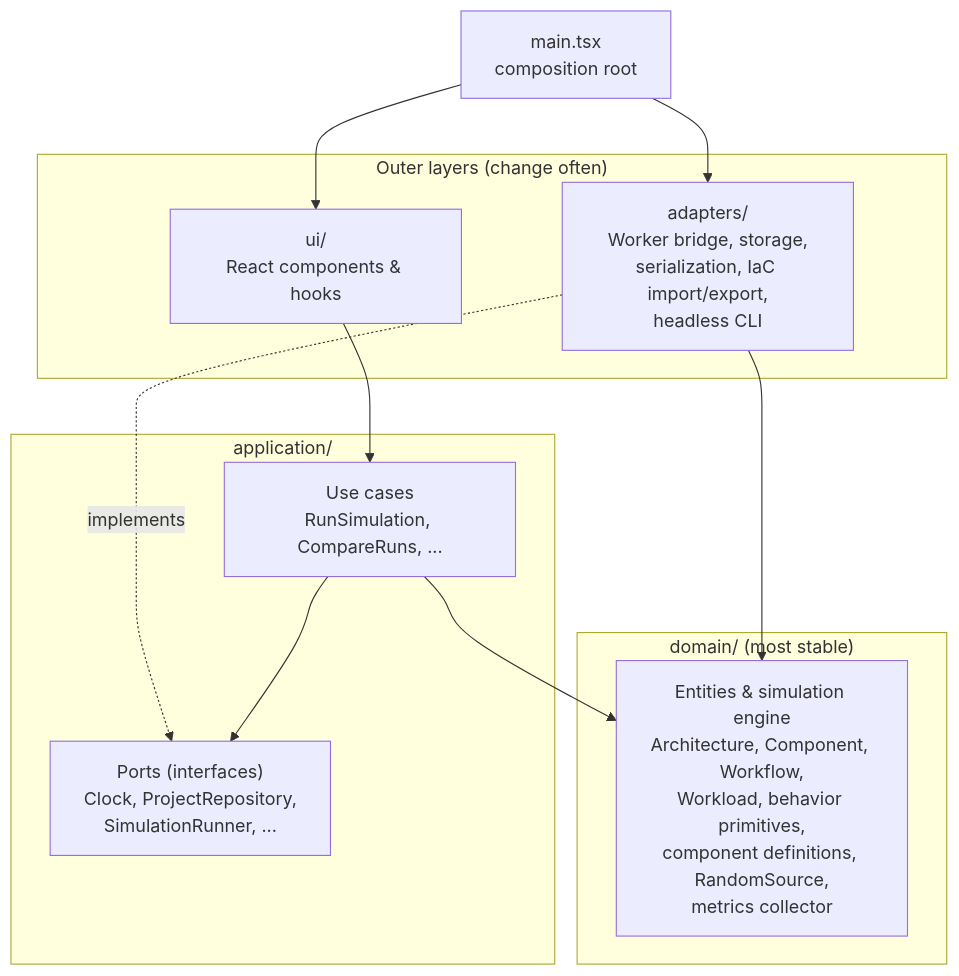
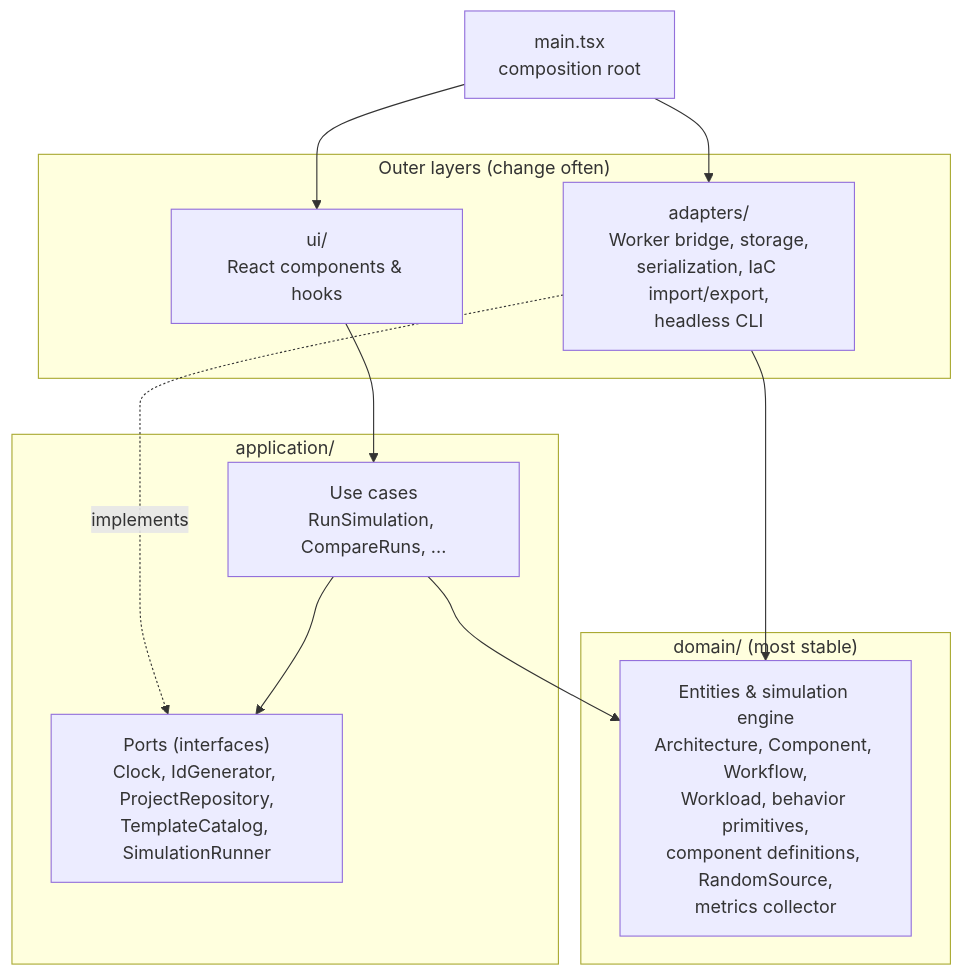
Before and after one commit to alanbickel/wind-tunnel: the second of 3 diagrams in docs/architecture/README.md, drawn with Mermaid. The commit also changed other lines of this file and 15 other files, not shown here.

Commit message:
feat(application): add ports, project records, in-memory fakes, and a repository contract check

````diff
--- a/docs/architecture/README.md
+++ b/docs/architecture/README.md
@@ -40,22 +40,22 @@
 ```mermaid
 flowchart TB
     subgraph outer["Outer layers (change often)"]
         UI["ui/<br/>React components & hooks"]
         AD["adapters/<br/>Worker bridge, storage,<br/>serialization, IaC import/export,<br/>headless CLI"]
     end
     subgraph app["application/"]
         UC["Use cases<br/>RunSimulation, CompareRuns, ..."]
-        P["Ports (interfaces)<br/>Clock, ProjectRepository,<br/>SimulationRunner, ..."]
+        P["Ports (interfaces)<br/>Clock, IdGenerator, ProjectRepository,<br/>TemplateCatalog, SimulationRunner"]
     end
     subgraph dom["domain/ (most stable)"]
         D["Entities & simulation engine<br/>Architecture, Component, Workflow,<br/>Workload, behavior primitives,<br/>component definitions, RandomSource,<br/>metrics collector"]
     end
 
     UI --> UC
     AD -.->|implements| P
     UC --> P
     UC --> D
     AD --> D
     MAIN["main.tsx<br/>composition root"] --> UI
     MAIN --> AD
 ```
````
